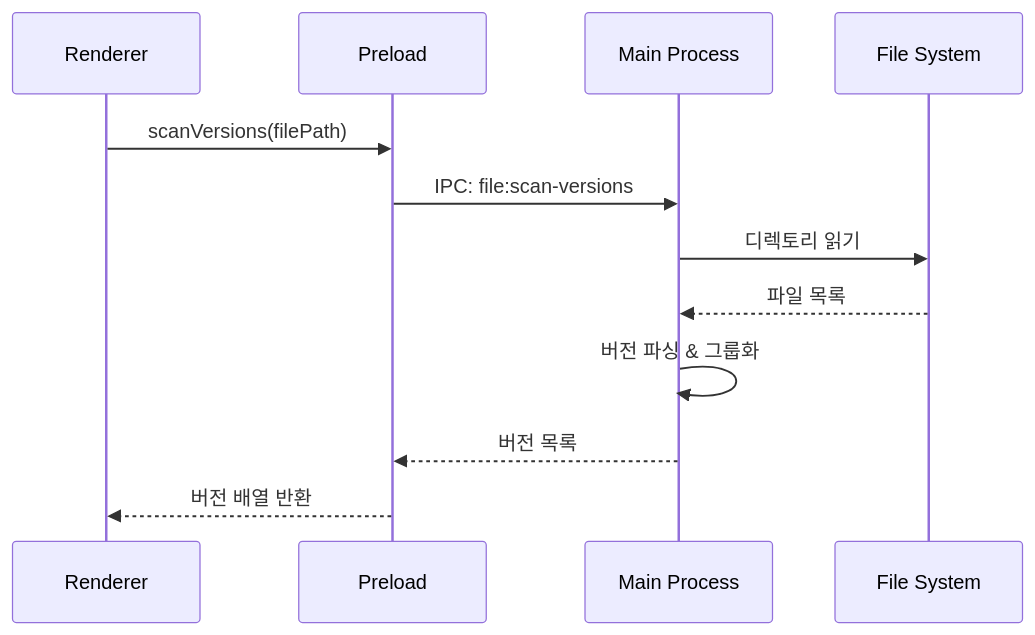
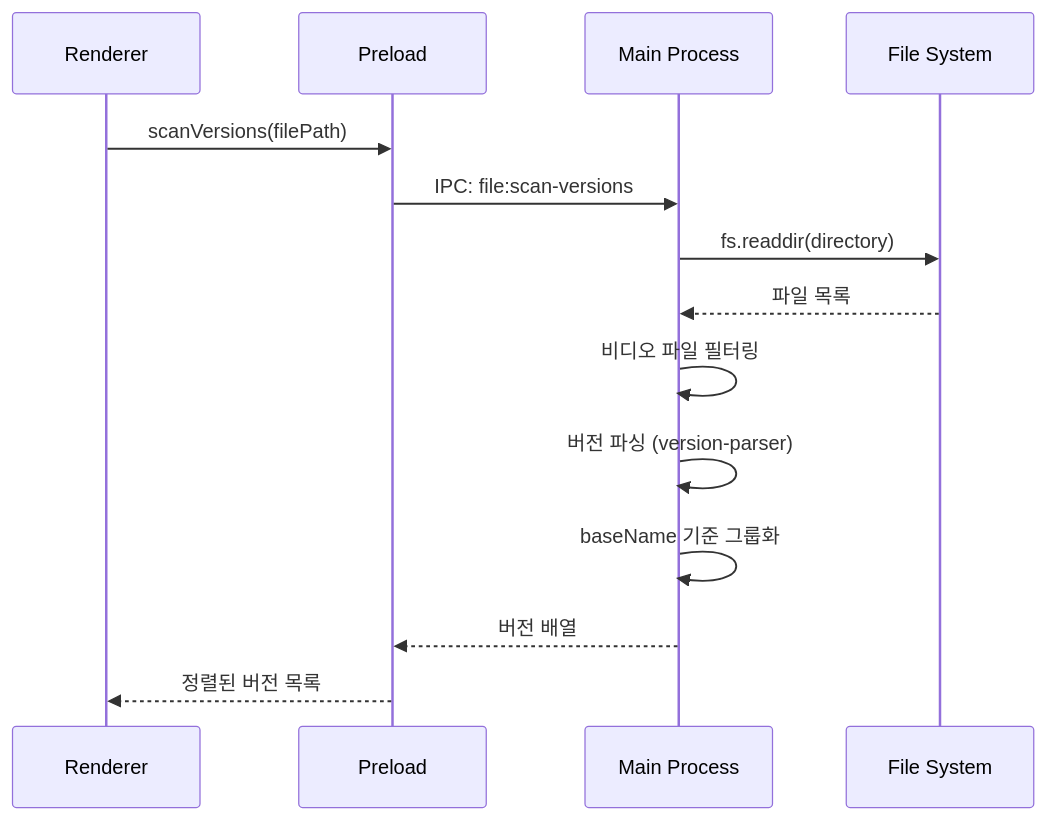
The eighth of 12 diagrams in DEVLOG/버전관리시스템-개발.md (baehandoridori/BAEFRAME), drawn with Mermaid before and after one commit. The commit also changed other lines of this file, not shown here.

````diff
--- a/DEVLOG/버전관리시스템-개발.md
+++ b/DEVLOG/버전관리시스템-개발.md
@@ -134,15 +392,17 @@
 ```mermaid
 sequenceDiagram
     participant R as Renderer
     participant P as Preload
     participant M as Main Process
     participant F as File System
 
     R->>P: scanVersions(filePath)
     P->>M: IPC: file:scan-versions
-    M->>F: 디렉토리 읽기
+    M->>F: fs.readdir(directory)
     F-->>M: 파일 목록
-    M->>M: 버전 파싱 & 그룹화
-    M-->>P: 버전 목록
-    P-->>R: 버전 배열 반환
+    M->>M: 비디오 파일 필터링
+    M->>M: 버전 파싱 (version-parser)
+    M->>M: baseName 기준 그룹화
+    M-->>P: 버전 배열
+    P-->>R: 정렬된 버전 목록
 ```
````
